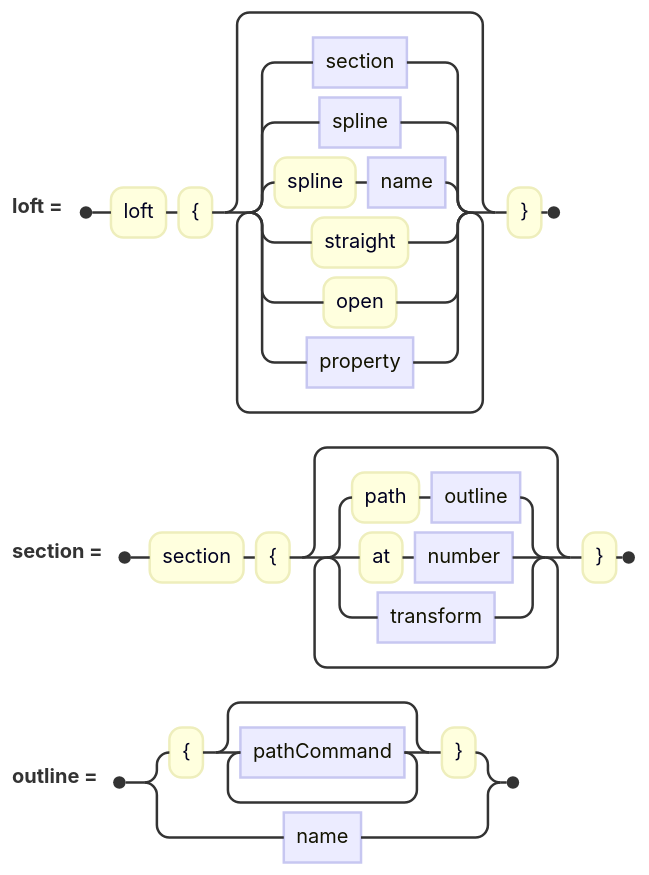
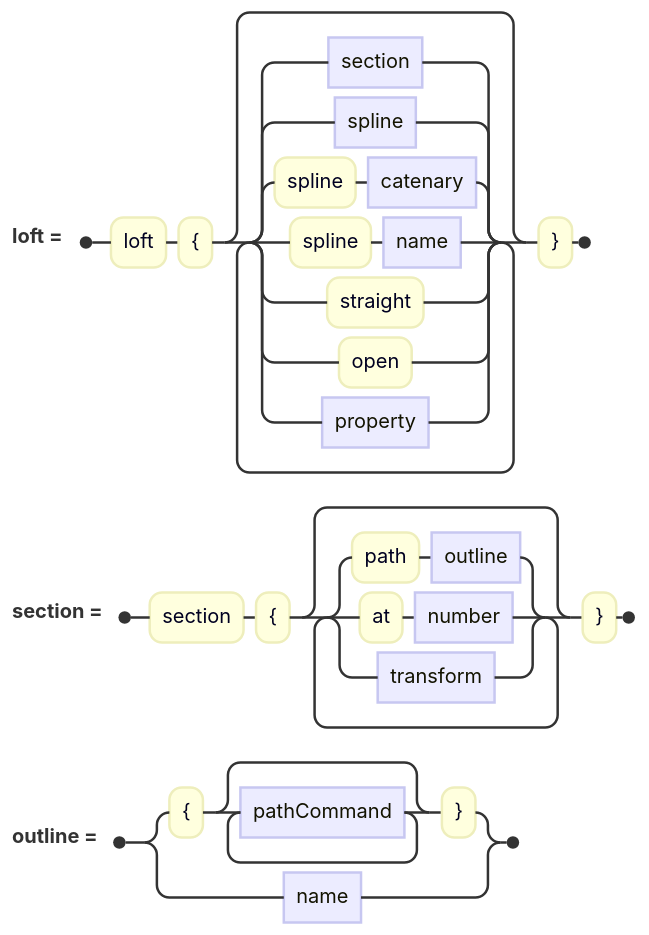
One commit to jskress/RayTracer changed the diagram in docs/diagrams/advanced/loftClause.mmd. Above: the diagram before and after it, drawn with Mermaid. The commit also changed 59 other files, not shown here.

```diff
--- a/docs/diagrams/advanced/loftClause.mmd
+++ b/docs/diagrams/advanced/loftClause.mmd
@@ -1,8 +1,8 @@
 railroad-ebnf-beta
 title "A loft"
 
-loft = "loft" "{" { section | spline | "spline" name | "straight" | "open" | property } "}" ;
+loft = "loft" "{" { section | spline | "spline" catenary | "spline" name | "straight" | "open" | property } "}" ;
 
 section = "section" "{" { "path" outline | "at" number | transform } "}" ;
 
 outline = "{" { pathCommand } "}" | name ;
```
